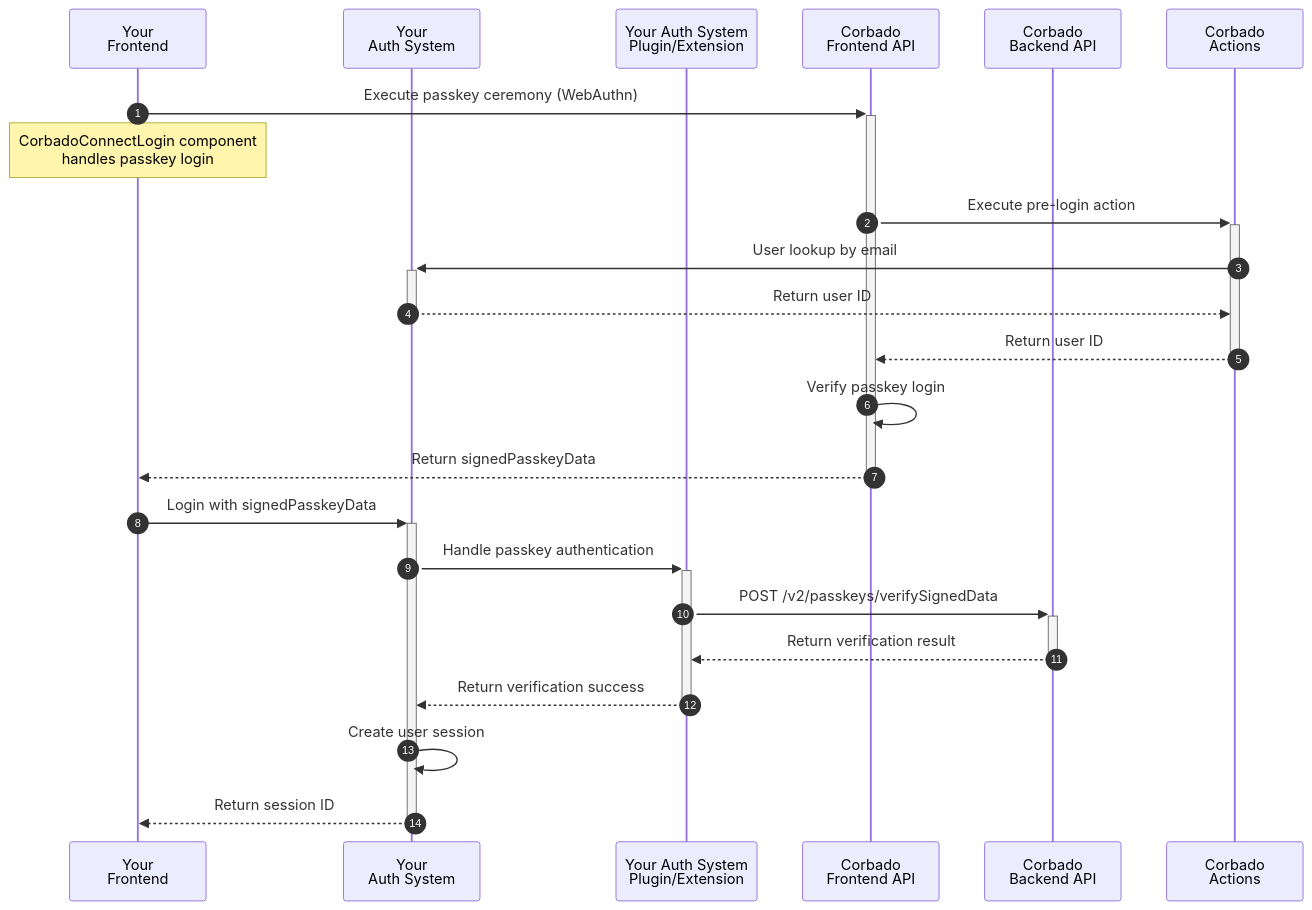
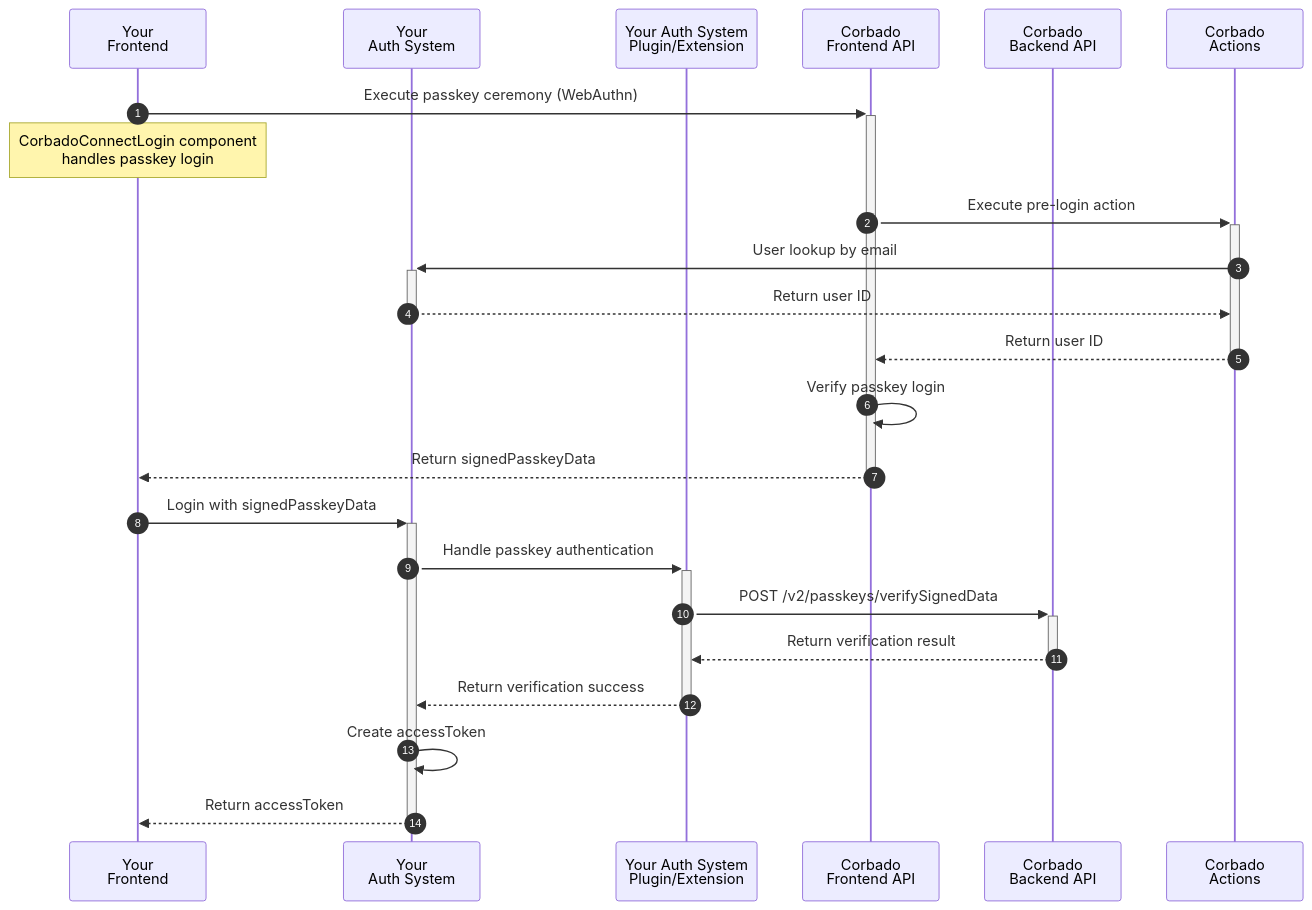
One commit to corbadotech/docs changed the second of 4 diagrams in corbado-connect/integration/generic/web.mdx. Above: the diagram before and after it, drawn with Mermaid. The commit also changed other lines of this file, not shown here.

Commit message:
Adapt web to accessToken

````diff
--- a/corbado-connect/integration/generic/web.mdx
+++ b/corbado-connect/integration/generic/web.mdx
@@ -247,27 +255,27 @@
 ```mermaid
 sequenceDiagram
     autonumber
     participant Frontend as Your<br/>Frontend
     participant IdP as Your<br/>Auth System
     participant Plugin as Your Auth System<br/>Plugin/Extension
     participant FAPI as Corbado<br/>Frontend API
     participant BAPI as Corbado<br/>Backend API
     participant Actions as Corbado<br/>Actions
 
     Frontend->>+FAPI: Execute passkey ceremony (WebAuthn)
     Note over Frontend: CorbadoConnectLogin component<br/>handles passkey login
     FAPI->>+Actions: Execute pre-login action
     Actions->>+IdP: User lookup by email
     IdP-->>-Actions: Return user ID
     Actions-->>-FAPI: Return user ID
     FAPI->>FAPI: Verify passkey login
     FAPI-->>-Frontend: Return signedPasskeyData
 
     Frontend->>+IdP: Login with signedPasskeyData
     IdP->>+Plugin: Handle passkey authentication
     Plugin->>+BAPI: POST /v2/passkeys/verifySignedData
     BAPI-->>-Plugin: Return verification result
     Plugin-->>-IdP: Return verification success
-    IdP->>IdP: Create user session
-    IdP-->>-Frontend: Return session ID
+    IdP->>IdP: Create accessToken
+    IdP-->>-Frontend: Return accessToken
 ```
````
